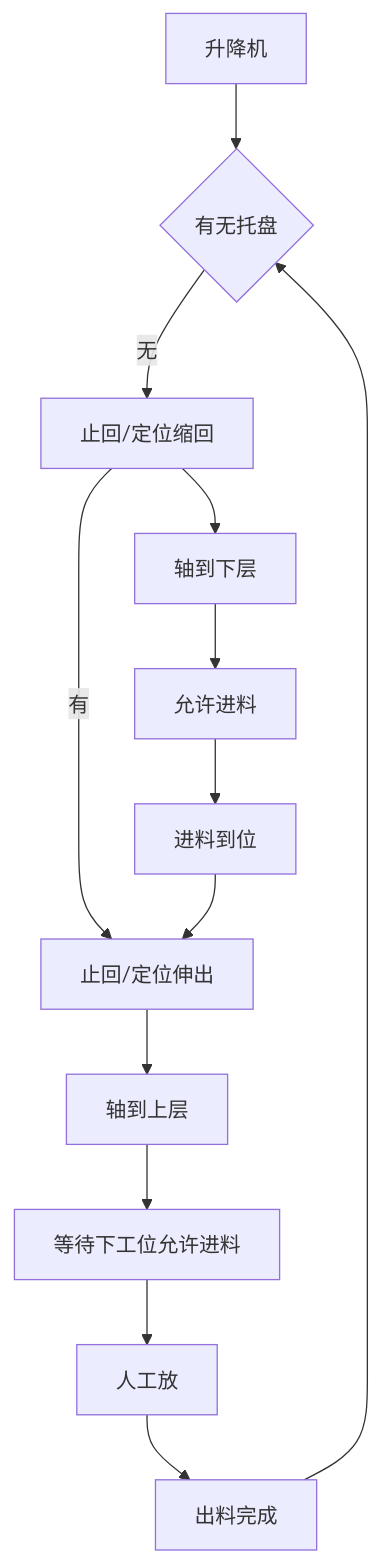
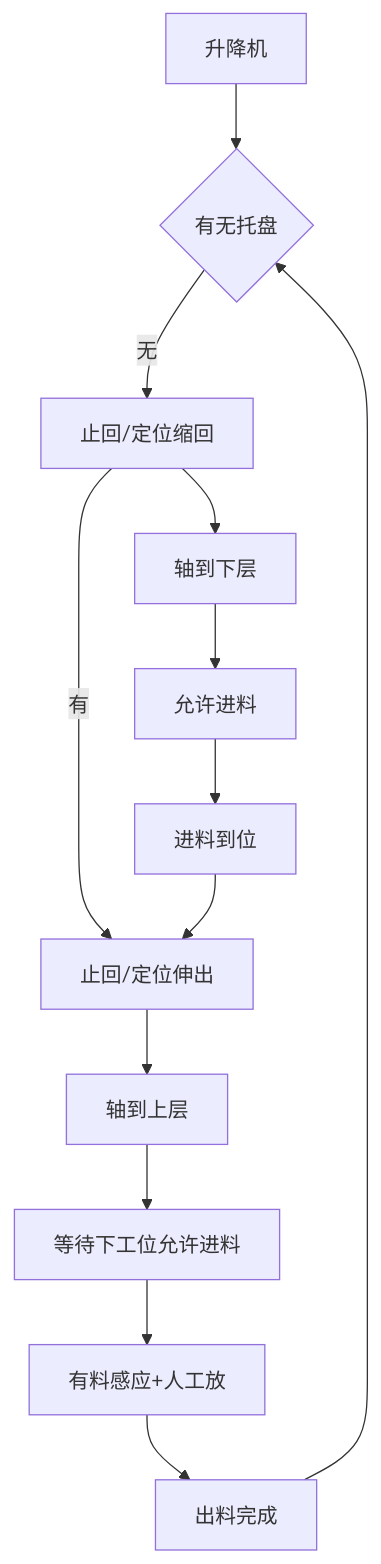
Before and after one commit to PengKun1/iodraw-files: the diagram in all/升降台.md, drawn with Mermaid.

Commit message:
2024-12-23 10:23:50 update

````diff
--- a/all/升降台.md
+++ b/all/升降台.md
@@ -1,15 +1,15 @@
 ```mermaid
 graph TD
 0[升降机]-->10
 10{有无托盘}-->|无|20
 20-->|有|60
 20[止回/定位缩回]-->30
 30[轴到下层]-->40
 40[允许进料]-->50
 50[进料到位]-->60
 60[止回/定位伸出]-->70
 70[轴到上层]-->80
 80[等待下工位允许进料]-->90
-90[人工放]-->100
+90[有料感应+人工放]-->100
 100[出料完成]-->10
 ```
````
